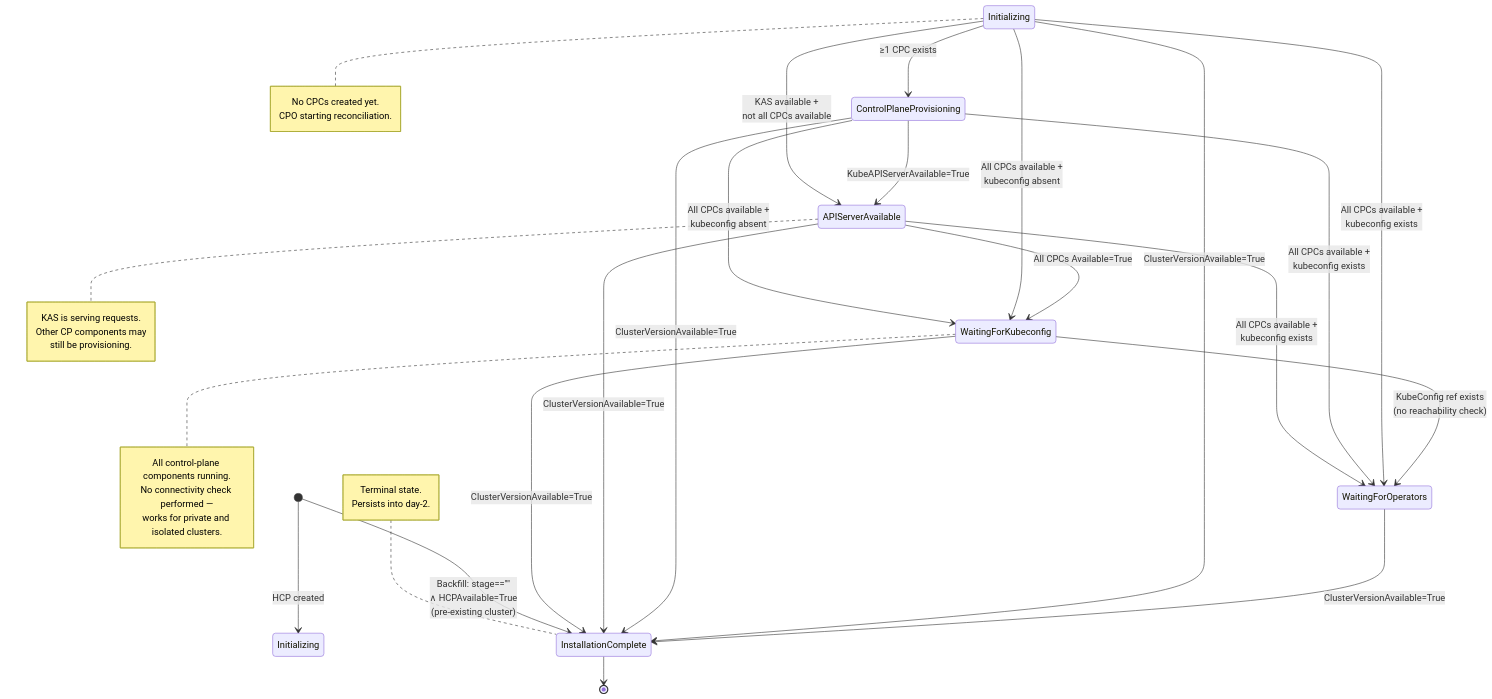
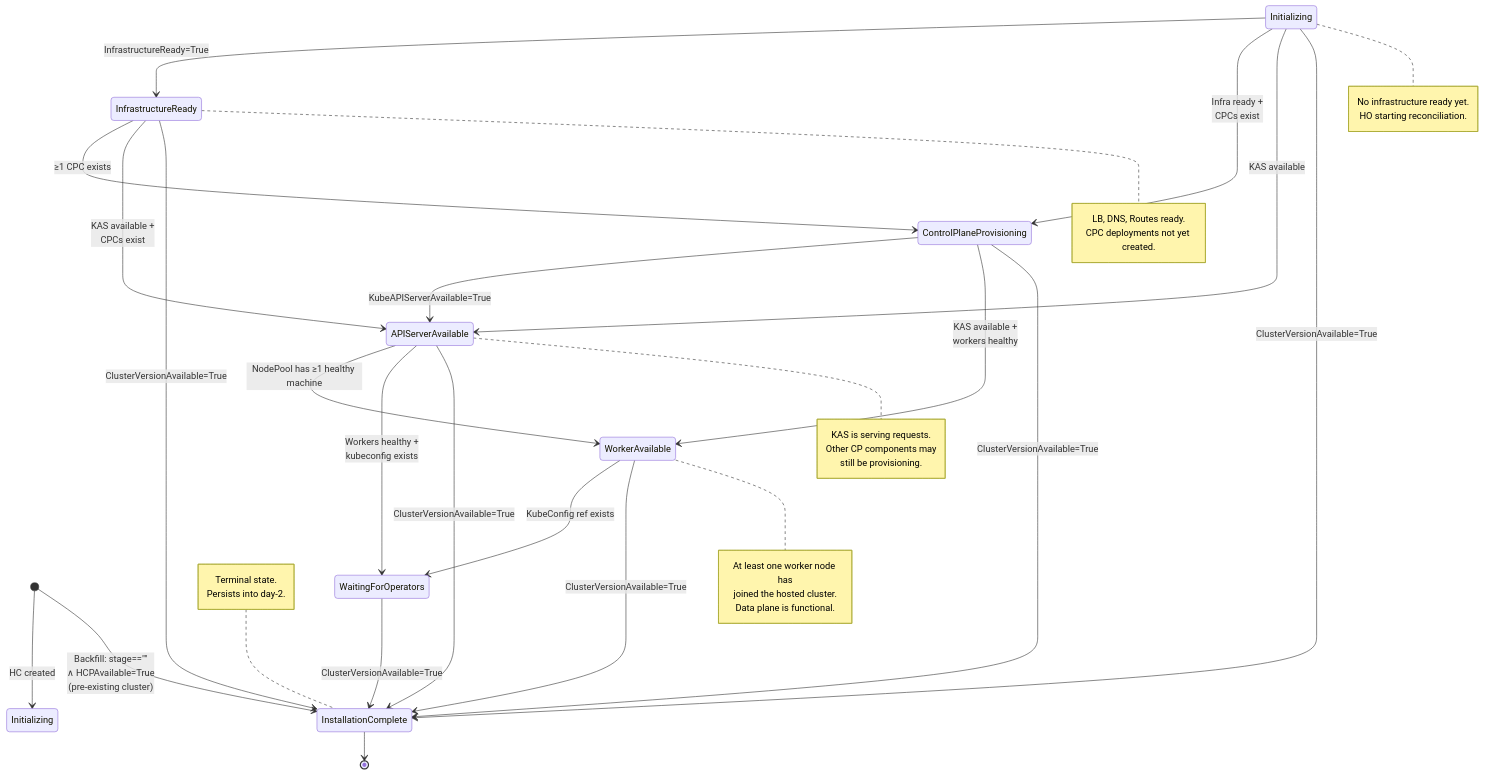
Before and after one commit to openshift/enhancements: the third of 3 diagrams in enhancements/hypershift/installation-failure-debuggability.md, drawn with Mermaid. The commit also changed other lines of this file, not shown here.

````diff
--- a/enhancements/hypershift/installation-failure-debuggability.md
+++ b/enhancements/hypershift/installation-failure-debuggability.md
@@ -724,59 +735,66 @@
 ```mermaid
 stateDiagram-v2
-    [*] --> Initializing : HCP created
+    [*] --> Initializing : HC created
 
     state "Initializing" as Init
+    state "InfrastructureReady" as IR
     state "ControlPlaneProvisioning" as CPP
     state "APIServerAvailable" as ASA
-    state "WaitingForKubeconfig" as WFK
+    state "WorkerAvailable" as WA
     state "WaitingForOperators" as WFO
     state "InstallationComplete" as IC
 
     %% Normal sequential transitions
-    Init --> CPP : ≥1 CPC exists
+    Init --> IR : InfrastructureReady=True
+    IR --> CPP : ≥1 CPC exists
     CPP --> ASA : KubeAPIServerAvailable=True
-    ASA --> WFK : All CPCs Available=True
-    WFK --> WFO : KubeConfig ref exists<br/>(no reachability check)
+    ASA --> WA : NodePool has ≥1 healthy machine
+    WA --> WFO : KubeConfig ref exists
     WFO --> IC : ClusterVersionAvailable=True
 
-    %% Skip-forward: CPO evaluates latest-first,
+    %% Skip-forward: HO evaluates latest-first,
     %% SetInstallationStage allows any forward jump.
-    Init --> ASA : KAS available +<br/>not all CPCs available
-    Init --> WFK : All CPCs available +<br/>kubeconfig absent
-    Init --> WFO : All CPCs available +<br/>kubeconfig exists
+    Init --> CPP : Infra ready +<br/>CPCs exist
+    Init --> ASA : KAS available
     Init --> IC : ClusterVersionAvailable=True
-    CPP --> WFK : All CPCs available +<br/>kubeconfig absent
-    CPP --> WFO : All CPCs available +<br/>kubeconfig exists
+    IR --> ASA : KAS available +<br/>CPCs exist
+    IR --> IC : ClusterVersionAvailable=True
+    CPP --> WA : KAS available +<br/>workers healthy
     CPP --> IC : ClusterVersionAvailable=True
-    ASA --> WFO : All CPCs available +<br/>kubeconfig exists
+    ASA --> WFO : Workers healthy +<br/>kubeconfig exists
     ASA --> IC : ClusterVersionAvailable=True
-    WFK --> IC : ClusterVersionAvailable=True
+    WA --> IC : ClusterVersionAvailable=True
 
     %% Backfill on upgrade: pre-existing cluster
     %% with stage=="" and HCP Available=True
     [*] --> IC : Backfill: stage==""<br/>∧ HCPAvailable=True<br/>(pre-existing cluster)
 
     IC --> [*]
 
     note right of Init
-        No CPCs created yet.
-        CPO starting reconciliation.
+        No infrastructure ready yet.
+        HO starting reconciliation.
+    end note
+
+    note right of IR
+        LB, DNS, Routes ready.
+        CPC deployments not yet created.
     end note
 
     note right of ASA
         KAS is serving requests.
         Other CP components may
         still be provisioning.
     end note
 
-    note right of WFK
-        All control-plane components running.
-        No connectivity check performed —
-        works for private and isolated clusters.
+    note right of WA
+        At least one worker node has
+        joined the hosted cluster.
+        Data plane is functional.
     end note
 
     note left of IC
         Terminal state.
         Persists into day-2.
     end note
 ```
````
